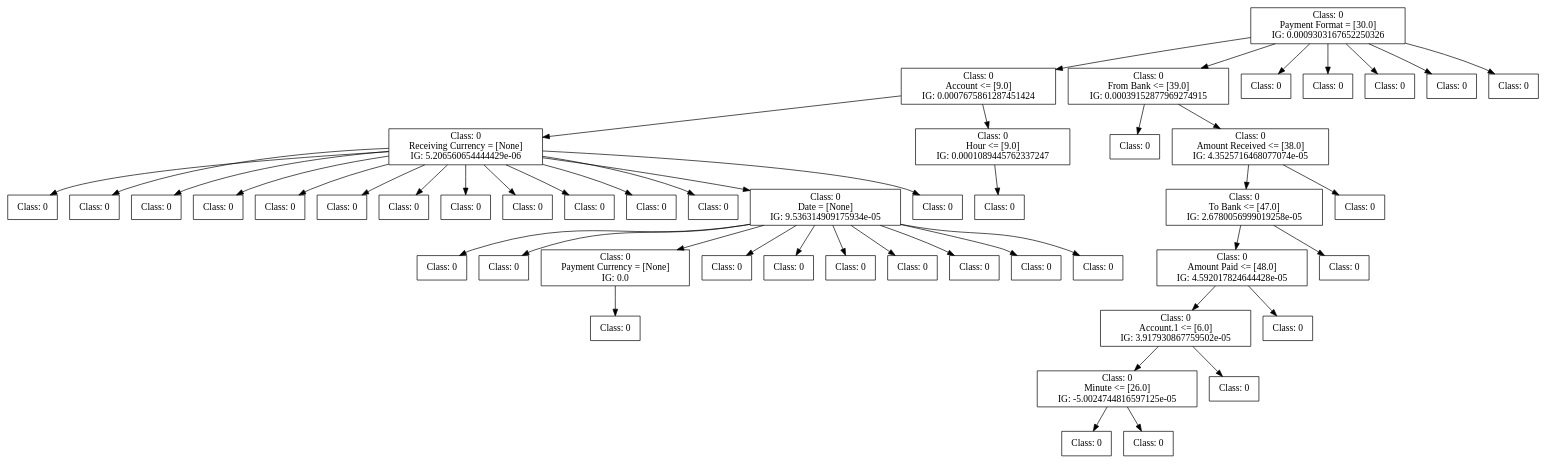
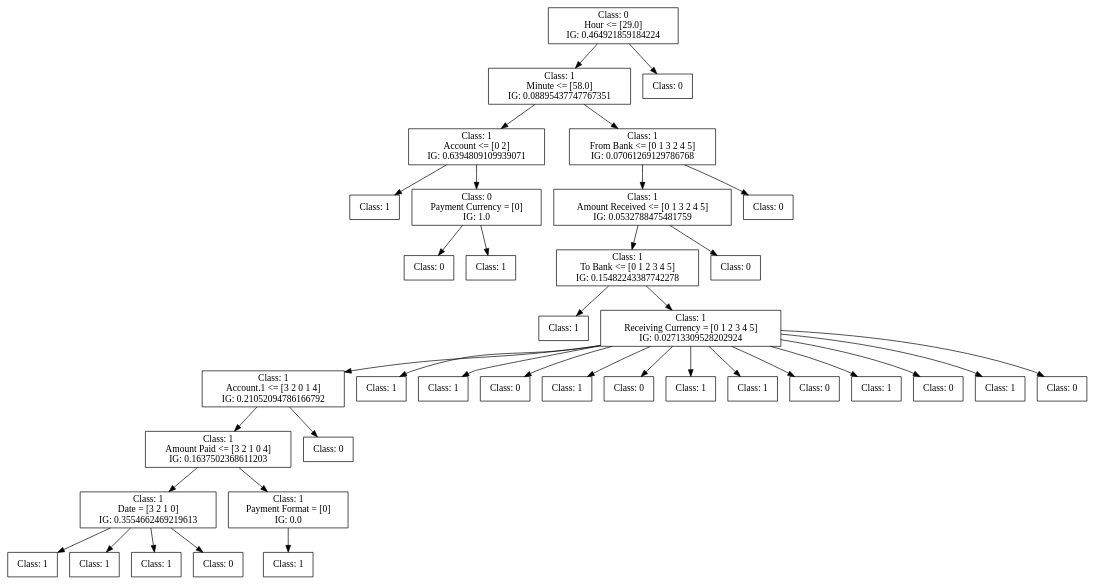
One commit to FedericoBruzzone/anti-money-laundering changed the diagram in dot_figs/tree-c45-wo_preprocessing.dot. Above: the diagram before and after it, drawn with Graphviz. The commit also changed 18 other files, not shown here.

```diff
--- a/dot_figs/tree-c45-wo_preprocessing.dot
+++ b/dot_figs/tree-c45-wo_preprocessing.dot
@@ -1,159 +1,126 @@
 digraph DecisionTree {
 	rankdir=TD;
 	node [shape=box];
-	1901316561056 [label="Class: 0
-Payment Format = [30.0]
-IG: 0.0009303167652250326"];
-	1909973559632 [label="Class: 0
-Account <= [9.0]
-IG: 0.0007675861287451424"];
-	1901316561056 -> 1909973559632;
-	1909973559920 [label="Class: 0
-Receiving Currency = [None]
-IG: 5.206560654444429e-06"];
-	1909973559632 -> 1909973559920;
-	1909973560208 [label="Class: 0
+	1814007350320 [label="Class: 0
+Hour <= [29.0]
+IG: 0.464921859184224"];
+	1812574096448 [label="Class: 1
+Minute <= [58.0]
+IG: 0.08895437747767351"];
+	1814007350320 -> 1812574096448;
+	1812574103696 [label="Class: 1
+Account <= [0 2]
+IG: 0.6394809109939071"];
+	1812574096448 -> 1812574103696;
+	1812574107248 [label="Class: 1
 "];
-	1909973559920 -> 1909973560208;
-	1909973553296 [label="Class: 0
+	1812574103696 -> 1812574107248;
+	1812574107680 [label="Class: 0
+Payment Currency = [0]
+IG: 1.0"];
+	1812574103696 -> 1812574107680;
+	1812574108928 [label="Class: 0
 "];
-	1909973559920 -> 1909973553296;
-	1909973556944 [label="Class: 0
+	1812574107680 -> 1812574108928;
+	1812574109408 [label="Class: 1
 "];
-	1909973559920 -> 1909973556944;
-	1909973557952 [label="Class: 0
+	1812574107680 -> 1812574109408;
+	1812574104128 [label="Class: 1
+From Bank <= [0 1 3 2 4 5]
+IG: 0.07061269129786768"];
+	1812574096448 -> 1812574104128;
+	1812722750736 [label="Class: 1
+Amount Received <= [0 1 3 2 4 5]
+IG: 0.0532788475481759"];
+	1812574104128 -> 1812722750736;
+	1812722755536 [label="Class: 1
+To Bank <= [0 1 2 3 4 5]
+IG: 0.15482243387742278"];
+	1812722750736 -> 1812722755536;
+	1812722760000 [label="Class: 1
 "];
-	1909973559920 -> 1909973557952;
-	1909973556176 [label="Class: 0
+	1812722755536 -> 1812722760000;
+	1812722760432 [label="Class: 1
+Receiving Currency = [0 1 2 3 4 5]
+IG: 0.02713309528202924"];
+	1812722755536 -> 1812722760432;
+	1812722813248 [label="Class: 1
+Account.1 <= [3 2 0 1 4]
+IG: 0.21052094786166792"];
+	1812722760432 -> 1812722813248;
+	1812722817232 [label="Class: 1
+Amount Paid <= [3 2 1 0 4]
+IG: 0.1637502368611203"];
+	1812722813248 -> 1812722817232;
+	1812722819104 [label="Class: 1
+Date = [3 2 1 0]
+IG: 0.3554662469219613"];
+	1812722817232 -> 1812722819104;
+	1812722821120 [label="Class: 1
 "];
-	1909973559920 -> 1909973556176;
-	1909973557904 [label="Class: 0
+	1812722819104 -> 1812722821120;
+	1812722820544 [label="Class: 1
 "];
-	1909973559920 -> 1909973557904;
-	1909973554784 [label="Class: 0
+	1812722819104 -> 1812722820544;
+	1812722820304 [label="Class: 1
 "];
-	1909973559920 -> 1909973554784;
-	1909973559296 [label="Class: 0
+	1812722819104 -> 1812722820304;
+	1812722818336 [label="Class: 0
 "];
-	1909973559920 -> 1909973559296;
-	1909973549360 [label="Class: 0
+	1812722819104 -> 1812722818336;
+	1812722819536 [label="Class: 1
+Payment Format = [0]
+IG: 0.0"];
+	1812722817232 -> 1812722819536;
+	1812722821696 [label="Class: 1
 "];
-	1909973559920 -> 1909973549360;
-	1909973559008 [label="Class: 0
+	1812722819536 -> 1812722821696;
+	1812722817664 [label="Class: 0
 "];
-	1909973559920 -> 1909973559008;
-	1909973552624 [label="Class: 0
+	1812722813248 -> 1812722817664;
+	1812722813920 [label="Class: 1
 "];
-	1909973559920 -> 1909973552624;
-	1909973551280 [label="Class: 0
+	1812722760432 -> 1812722813920;
+	1812722811424 [label="Class: 1
 "];
-	1909973559920 -> 1909973551280;
-	1909973553776 [label="Class: 0
-Date = [None]
-IG: 9.536314909175934e-05"];
-	1909973559920 -> 1909973553776;
-	1909973561120 [label="Class: 0
+	1812722760432 -> 1812722811424;
+	1812722813440 [label="Class: 0
 "];
-	1909973553776 -> 1909973561120;
-	1909973560976 [label="Class: 0
+	1812722760432 -> 1812722813440;
+	1812722812768 [label="Class: 1
 "];
-	1909973553776 -> 1909973560976;
-	1909973559536 [label="Class: 0
-Payment Currency = [None]
-IG: 0.0"];
-	1909973553776 -> 1909973559536;
-	1909973561456 [label="Class: 0
+	1812722760432 -> 1812722812768;
+	1812722813008 [label="Class: 0
 "];
-	1909973559536 -> 1909973561456;
-	1909973560784 [label="Class: 0
+	1812722760432 -> 1812722813008;
+	1812722813152 [label="Class: 1
 "];
-	1909973553776 -> 1909973560784;
-	1909973560832 [label="Class: 0
+	1812722760432 -> 1812722813152;
+	1812722813632 [label="Class: 1
 "];
-	1909973553776 -> 1909973560832;
-	1909973560160 [label="Class: 0
+	1812722760432 -> 1812722813632;
+	1812722813584 [label="Class: 0
 "];
-	1909973553776 -> 1909973560160;
-	1909973560544 [label="Class: 0
+	1812722760432 -> 1812722813584;
+	1812722814064 [label="Class: 1
 "];
-	1909973553776 -> 1909973560544;
-	1909973555744 [label="Class: 0
+	1812722760432 -> 1812722814064;
+	1812722814208 [label="Class: 0
 "];
-	1909973553776 -> 1909973555744;
-	1909973560592 [label="Class: 0
+	1812722760432 -> 1812722814208;
+	1812722814352 [label="Class: 1
 "];
-	1909973553776 -> 1909973560592;
-	1909973560304 [label="Class: 0
+	1812722760432 -> 1812722814352;
+	1812722814496 [label="Class: 0
 "];
-	1909973553776 -> 1909973560304;
-	1909973559152 [label="Class: 0
+	1812722760432 -> 1812722814496;
+	1812722755968 [label="Class: 0
 "];
-	1909973559920 -> 1909973559152;
-	1909973560400 [label="Class: 0
-Hour <= [9.0]
-IG: 0.0001089445762337247"];
-	1909973559632 -> 1909973560400;
-	1909973554688 [label="Class: 0
+	1812722750736 -> 1812722755968;
+	1812722751168 [label="Class: 0
 "];
-	1909973560400 -> 1909973554688;
-	1909973559968 [label="Class: 0
-From Bank <= [39.0]
-IG: 0.00039152877969274915"];
-	1901316561056 -> 1909973559968;
-	1909973561504 [label="Class: 0
+	1812574104128 -> 1812722751168;
+	1812574096880 [label="Class: 0
 "];
-	1909973559968 -> 1909973561504;
-	1909973562224 [label="Class: 0
-Amount Received <= [38.0]
-IG: 4.3525716468077074e-05"];
-	1909973559968 -> 1909973562224;
-	1909973561936 [label="Class: 0
-To Bank <= [47.0]
-IG: 2.6780056999019258e-05"];
-	1909973562224 -> 1909973561936;
-	1909973557616 [label="Class: 0
-Amount Paid <= [48.0]
-IG: 4.592017824644428e-05"];
-	1909973561936 -> 1909973557616;
-	1909973561024 [label="Class: 0
-Account.1 <= [6.0]
-IG: 3.917930867759502e-05"];
-	1909973557616 -> 1909973561024;
-	1909973561360 [label="Class: 0
-Minute <= [26.0]
-IG: -5.0024744816597125e-05"];
-	1909973561024 -> 1909973561360;
-	1909973559824 [label="Class: 0
-"];
-	1909973561360 -> 1909973559824;
-	1909973563184 [label="Class: 0
-"];
-	1909973561360 -> 1909973563184;
-	1909973562992 [label="Class: 0
-"];
-	1909973561024 -> 1909973562992;
-	1909973562800 [label="Class: 0
-"];
-	1909973557616 -> 1909973562800;
-	1909973562608 [label="Class: 0
-"];
-	1909973561936 -> 1909973562608;
-	1909973562416 [label="Class: 0
-"];
-	1909973562224 -> 1909973562416;
-	1909973557808 [label="Class: 0
-"];
-	1901316561056 -> 1909973557808;
-	1909973553824 [label="Class: 0
-"];
-	1901316561056 -> 1909973553824;
-	1909973553680 [label="Class: 0
-"];
-	1901316561056 -> 1909973553680;
-	1909973558864 [label="Class: 0
-"];
-	1901316561056 -> 1909973558864;
-	1909973557568 [label="Class: 0
-"];
-	1901316561056 -> 1909973557568;
+	1814007350320 -> 1812574096880;
 }
```
